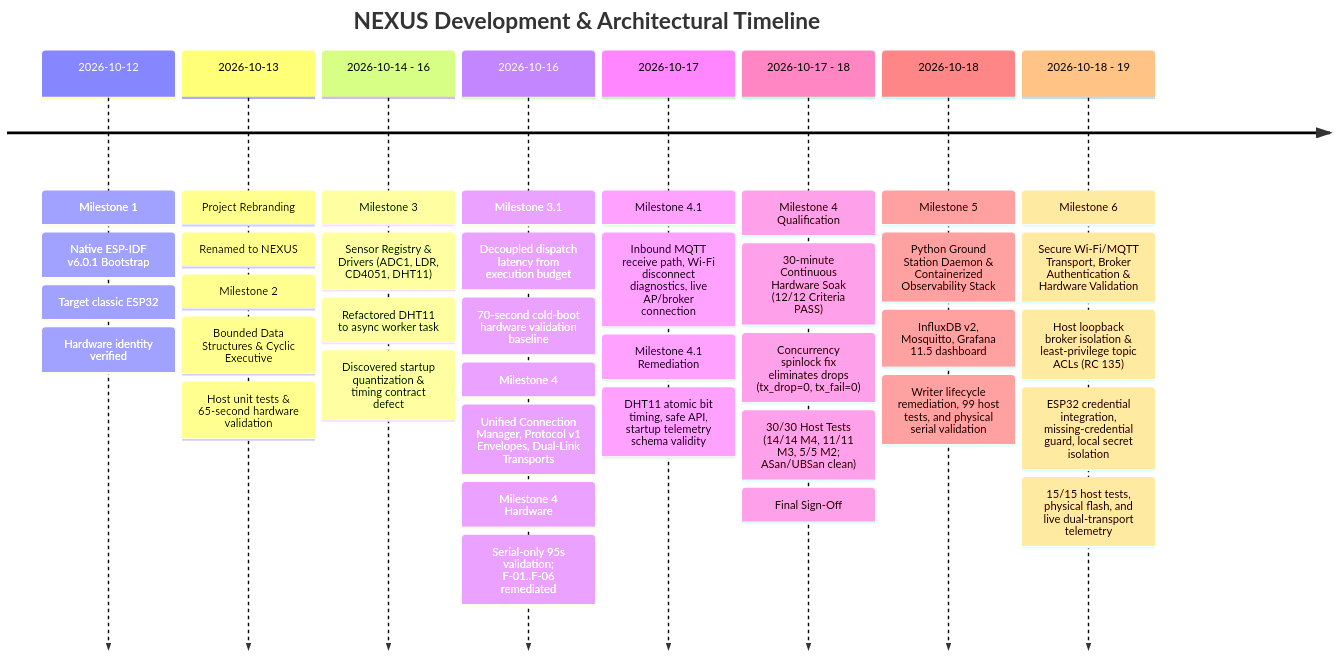
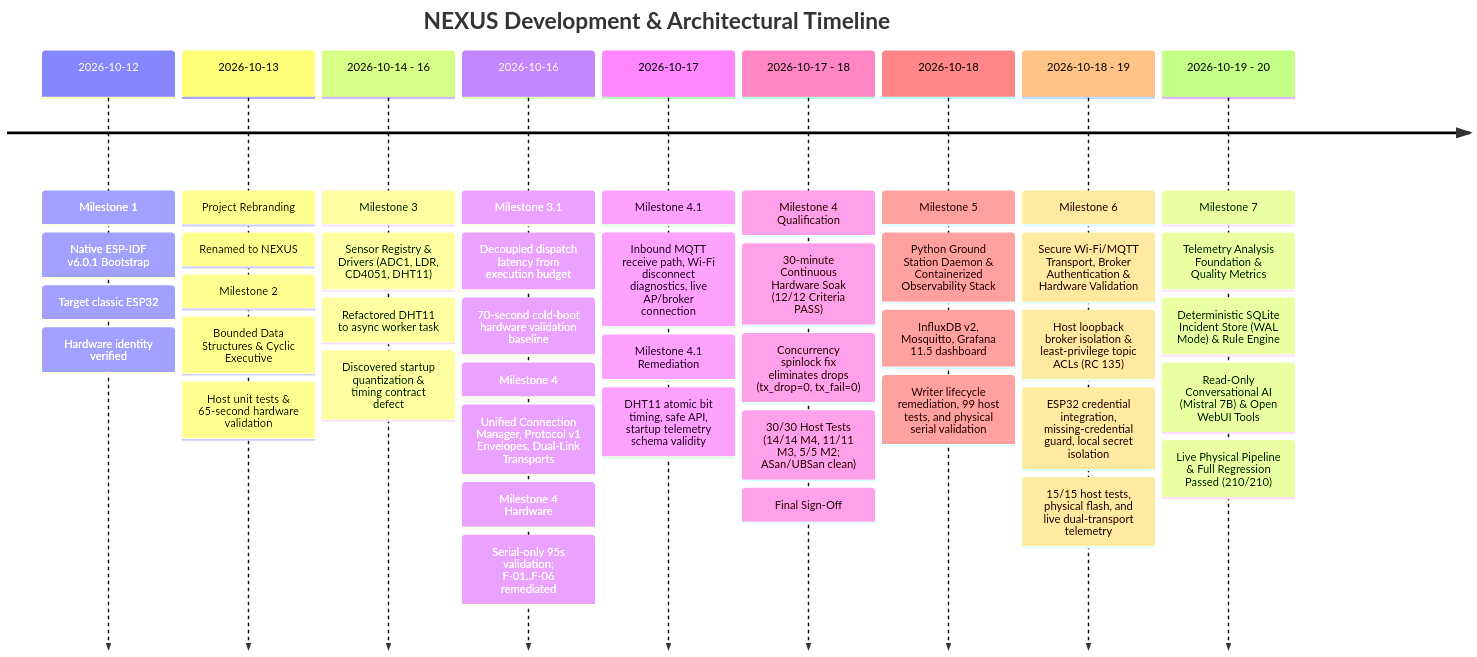
Before and after one commit to aryan-madhavi/NEXUS: the diagram in docs/milestones/PROJECT_HISTORY.md, drawn with Mermaid. The commit also changed other lines of this file and 3 other files, not shown here.

First line of the commit message:
docs(milestones): document milestone 7 telemetry analysis, incident monitoring, and conversational ai

````diff
--- a/docs/milestones/PROJECT_HISTORY.md
+++ b/docs/milestones/PROJECT_HISTORY.md
@@ -19,28 +19,32 @@
 ```mermaid
 timeline
     title NEXUS Development & Architectural Timeline
     2026-10-12 : Milestone 1 : Native ESP-IDF v6.0.1 Bootstrap
                : Target classic ESP32 : Hardware identity verified
     2026-10-13 : Project Rebranding : Renamed to NEXUS
                : Milestone 2 : Bounded Data Structures & Cyclic Executive
                : Host unit tests & 65-second hardware validation
     2026-10-14 - 16 : Milestone 3 : Sensor Registry & Drivers (ADC1, LDR, CD4051, DHT11)
                     : Refactored DHT11 to async worker task
                     : Discovered startup quantization & timing contract defect
     2026-10-16 : Milestone 3.1 : Decoupled dispatch latency from execution budget
                : 70-second cold-boot hardware validation baseline
                : Milestone 4 : Unified Connection Manager, Protocol v1 Envelopes, Dual-Link Transports
                : Milestone 4 Hardware : Serial-only 95s validation; F-01..F-06 remediated
     2026-10-17 : Milestone 4.1 : Inbound MQTT receive path, Wi-Fi disconnect diagnostics, live AP/broker connection
                : Milestone 4.1 Remediation : DHT11 atomic bit timing, safe API, startup telemetry schema validity
     2026-10-17 - 18 : Milestone 4 Qualification : 30-minute Continuous Hardware Soak (12/12 Criteria PASS)
                     : Concurrency spinlock fix eliminates drops (tx_drop=0, tx_fail=0)
                     : 30/30 Host Tests (14/14 M4, 11/11 M3, 5/5 M2; ASan/UBSan clean) : Final Sign-Off
     2026-10-18 : Milestone 5 : Python Ground Station Daemon & Containerized Observability Stack
                : InfluxDB v2, Mosquitto, Grafana 11.5 dashboard
                : Writer lifecycle remediation, 99 host tests, and physical serial validation
     2026-10-18 - 19 : Milestone 6 : Secure Wi-Fi/MQTT Transport, Broker Authentication & Hardware Validation
                     : Host loopback broker isolation & least-privilege topic ACLs (RC 135)
                     : ESP32 credential integration, missing-credential guard, local secret isolation
                     : 15/15 host tests, physical flash, and live dual-transport telemetry
+    2026-10-19 - 20 : Milestone 7 : Telemetry Analysis Foundation & Quality Metrics
+                    : Deterministic SQLite Incident Store (WAL Mode) & Rule Engine
+                    : Read-Only Conversational AI (Mistral 7B) & Open WebUI Tools
+                    : Live Physical Pipeline & Full Regression Passed (210/210)
 ```
````
